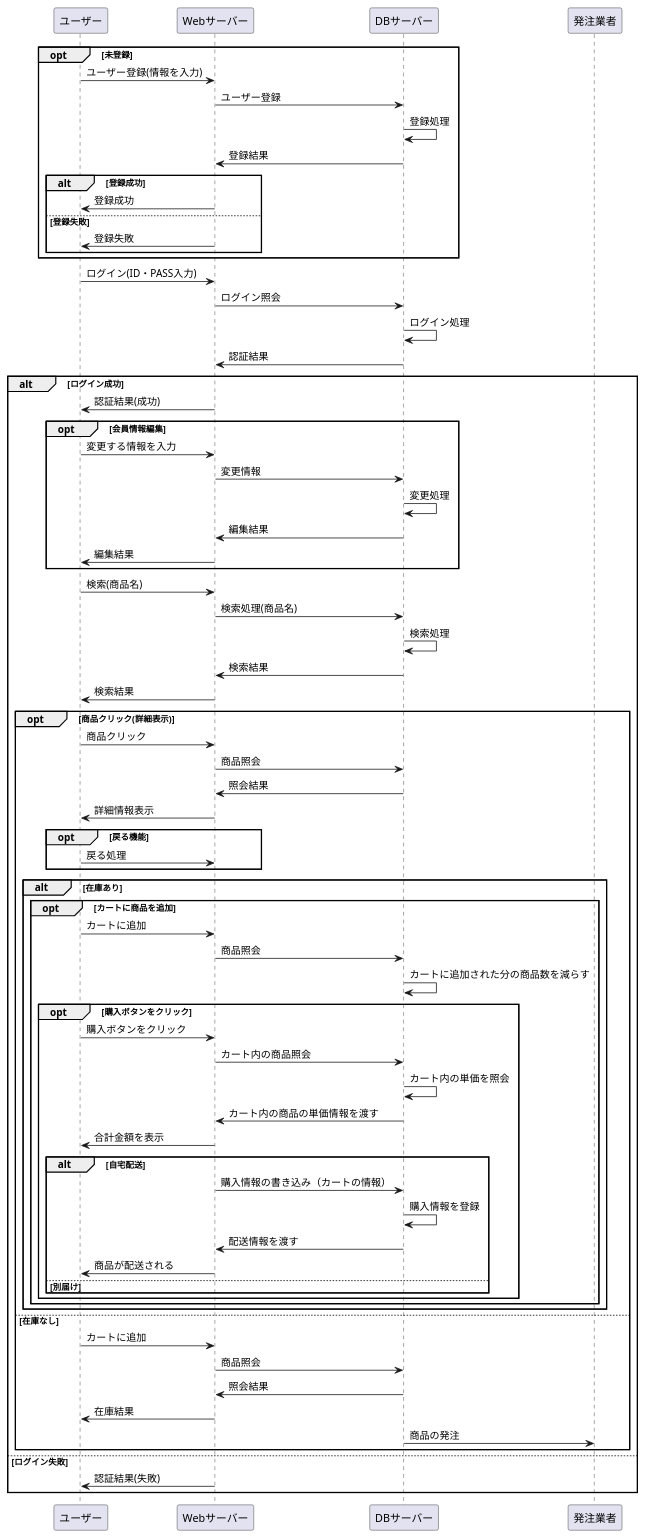
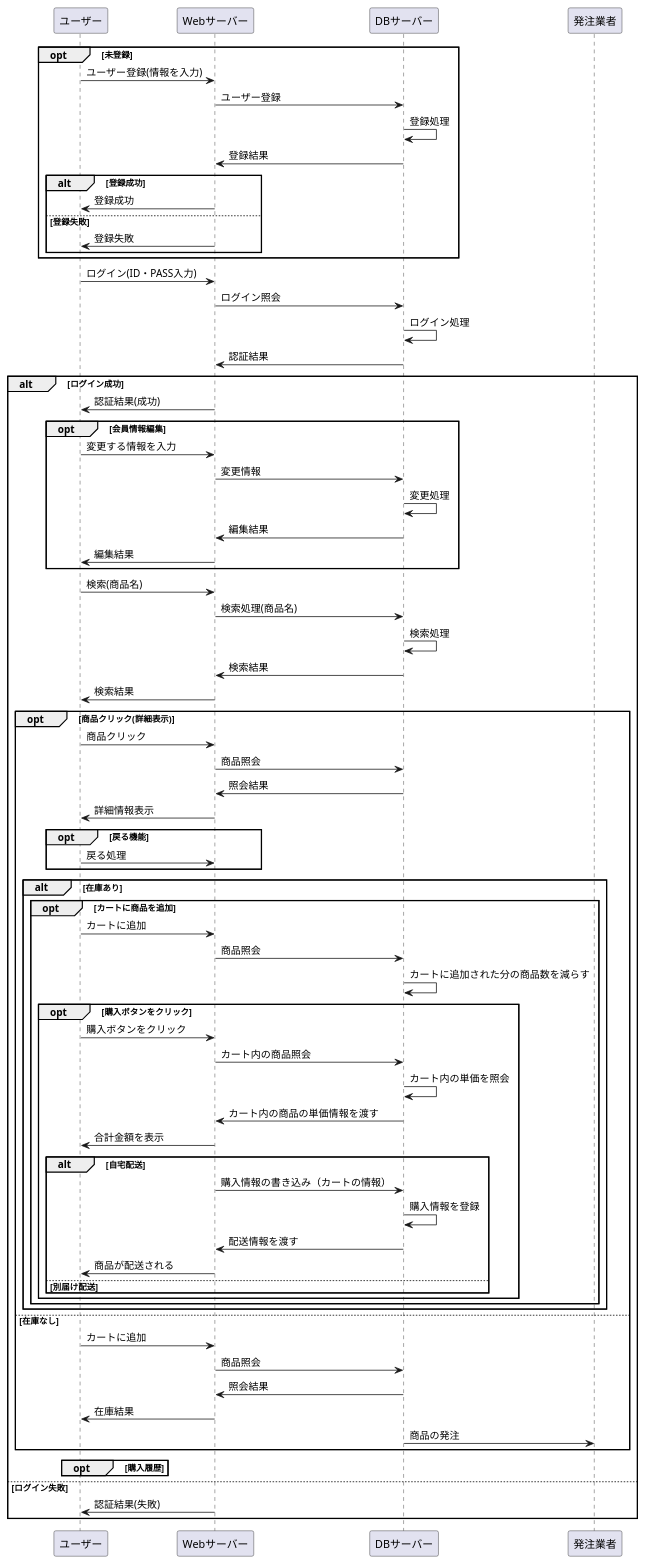
One commit to Aso2001227/Aso-Sports-1 changed the diagram in 設計書/02_業務フロー/business-flow-check.md. Above: the diagram before and after it, drawn with PlantUML.

```diff
--- a/設計書/02_業務フロー/business-flow-check.md
+++ b/設計書/02_業務フロー/business-flow-check.md
@@ -67,7 +67,7 @@
 DBサーバー -> DBサーバー :購入情報を登録
 DBサーバー -> Webサーバー :配送情報を渡す
 Webサーバー -> ユーザー:商品が配送される
-else 別届け
+else 別届け配送
 end
 end
 
@@ -80,7 +80,8 @@
 Webサーバー -> ユーザー : 在庫結果
 DBサーバー -> 発注業者 : 商品の発注
 end
-
+opt 購入履歴
+end
 else ログイン失敗
 Webサーバー -> ユーザー : 認証結果(失敗)
 end
```
